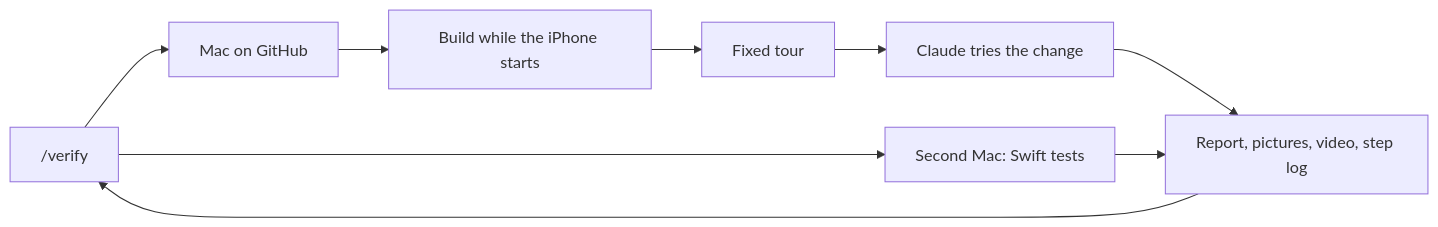
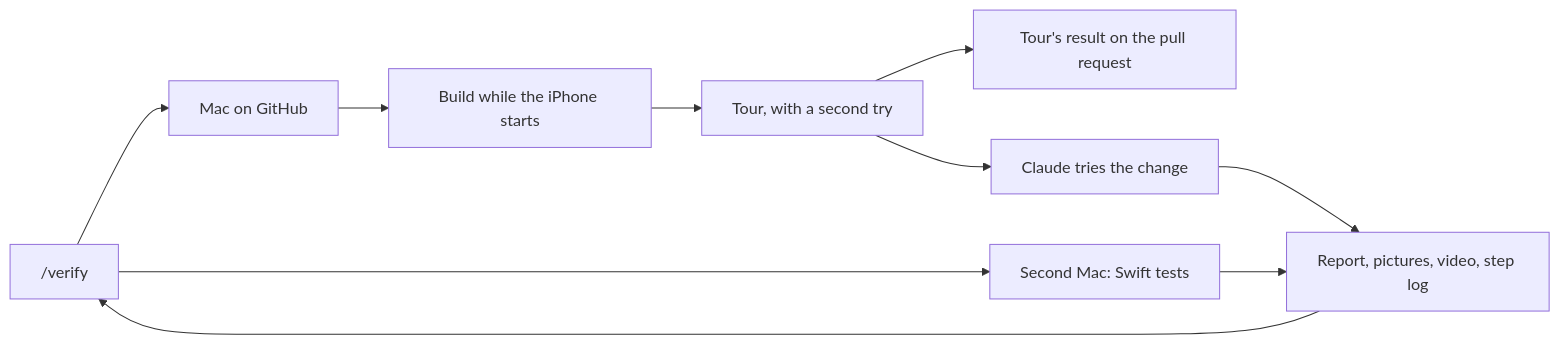
One commit to matthewwong525/RelayEverything changed the diagram in wiki/development/device-check.md. Above: the diagram before and after it, drawn with Mermaid. The commit also changed other lines of this file and 29 other files, not shown here.

First line of the commit message:
A steadier, faster iPhone check: a failed tour step runs once more, a step that fails twice ends the check before Claude, crashes are named first, the tour's result comes back early, a check can add the change's own tour steps, and a re-check tries only what did not work (#80)

````diff
--- a/wiki/development/device-check.md
+++ b/wiki/development/device-check.md
@@ -5,11 +5,12 @@
 ```mermaid
 flowchart LR
   V["/verify"] --> M[Mac on GitHub]
   M --> B[Build while the iPhone starts]
-  B --> T[Fixed tour]
+  B --> T[Tour, with a second try]
+  T --> E[Tour's result on the pull request]
   T --> C[Claude tries the change]
   C --> R[Report, pictures, video, step log]
   V --> S[Second Mac: Swift tests]
   S --> R
   R --> V
 ```
````
